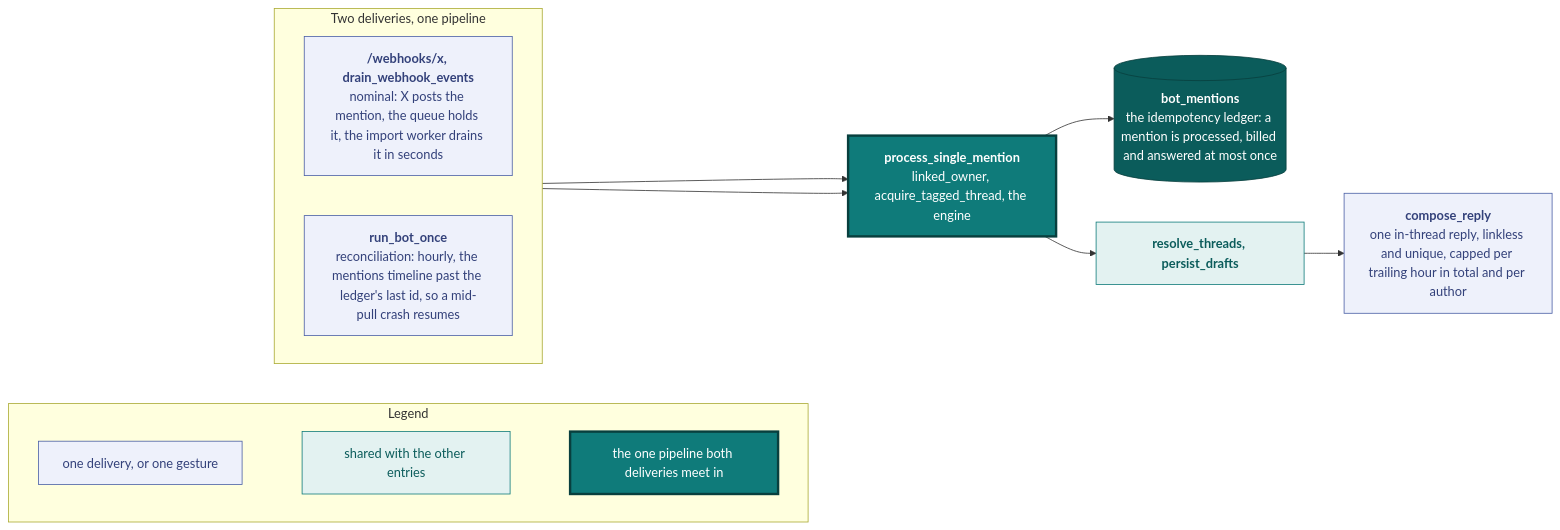
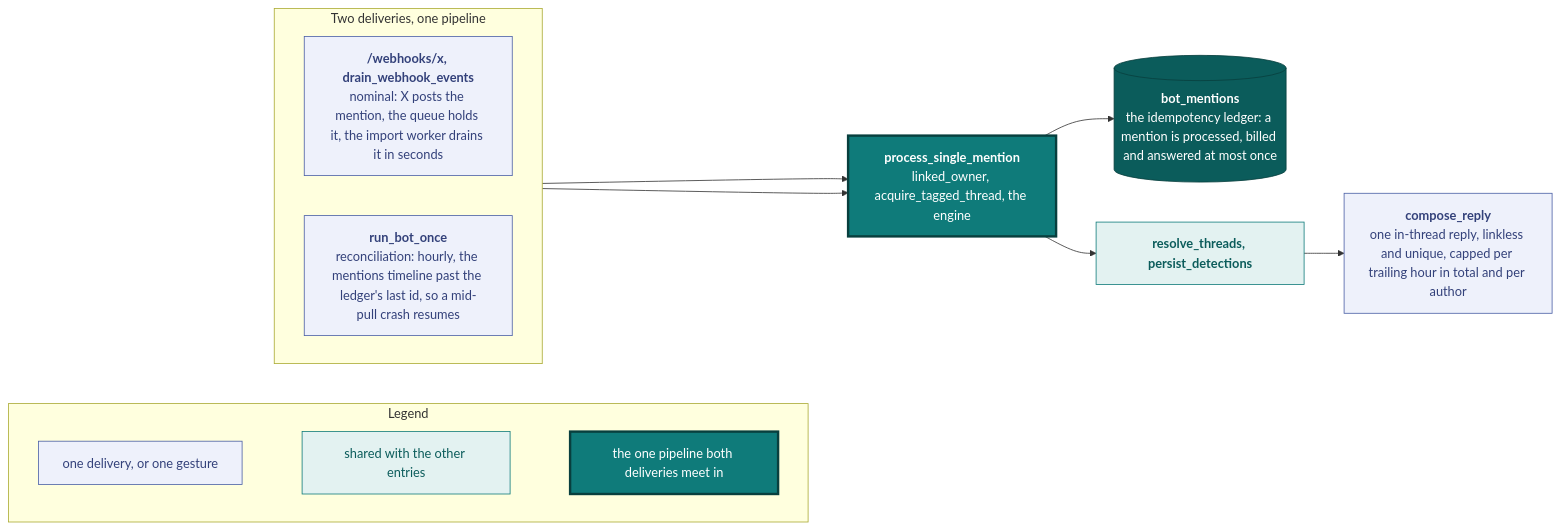
Before and after one commit to vidithq/vidit: the third of 5 diagrams in docs/ingestion.md, drawn with Mermaid. The commit also changed other lines of this file and 9 other files, not shown here.

````diff
--- a/docs/ingestion.md
+++ b/docs/ingestion.md
@@ -237,36 +237,36 @@
 ```mermaid
 flowchart LR
   classDef spec fill:#eef1fb,stroke:#4a5fa5,color:#33417a
   classDef shared fill:#e3f2f1,stroke:#0f7b7a,color:#0b5c5b
   classDef core fill:#0f7b7a,stroke:#083f3e,stroke-width:3px,color:#ffffff
   classDef store fill:#0b5c5b,stroke:#083f3e,color:#ffffff
 
   subgraph legend [Legend]
     direction LR
     l1["`one delivery, or one gesture`"]:::spec
     l2["`shared with the other entries`"]:::shared
     l3["`the one pipeline both deliveries meet in`"]:::core
     l1 ~~~ l2 ~~~ l3
   end
 
   subgraph deliveries [Two deliveries, one pipeline]
     direction LR
     wh["`**/webhooks/x, drain_webhook_events**
     nominal: X posts the mention, the queue holds it, the import worker drains it in seconds`"]:::spec
     poll["`**run_bot_once**
     reconciliation: hourly, the mentions timeline past the ledger's last id, so a mid-pull crash resumes`"]:::spec
   end
 
   one["`**process_single_mention**
   linked_owner, acquire_tagged_thread, the engine`"]:::core
   ledger[("`**bot_mentions**
   the idempotency ledger: a mention is processed, billed and answered at most once`")]:::store
-  engine["`**resolve_threads, persist_drafts**`"]:::shared
+  engine["`**resolve_threads, persist_detections**`"]:::shared
   reply["`**compose_reply**
   one in-thread reply, linkless and unique, capped per trailing hour in total and per author`"]:::spec
 
   wh --> one
   poll --> one
   one --> ledger
   one --> engine --> reply
 ```
````
